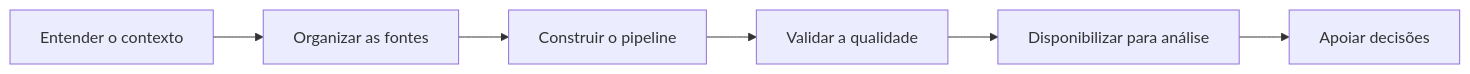
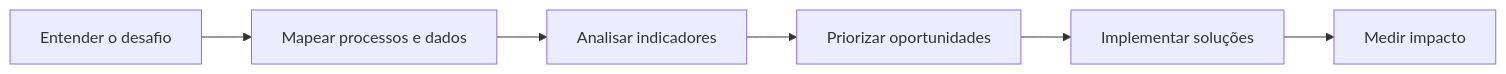
Before and after one commit to SarahZanardi/SarahZanardi: the diagram in README.md, drawn with Mermaid. The commit also changed other lines of this file, not shown here.

````diff
--- a/README.md
+++ b/README.md
@@ -49,8 +114,8 @@
 ```mermaid
 flowchart LR
-    A[Entender o contexto] --> B[Organizar as fontes]
-    B --> C[Construir o pipeline]
-    C --> D[Validar a qualidade]
-    D --> E[Disponibilizar para análise]
-    E --> F[Apoiar decisões]
+    A[Entender o desafio] --> B[Mapear processos e dados]
+    B --> C[Analisar indicadores]
+    C --> D[Priorizar oportunidades]
+    D --> E[Implementar soluções]
+    E --> F[Medir impacto]
 ```
````
